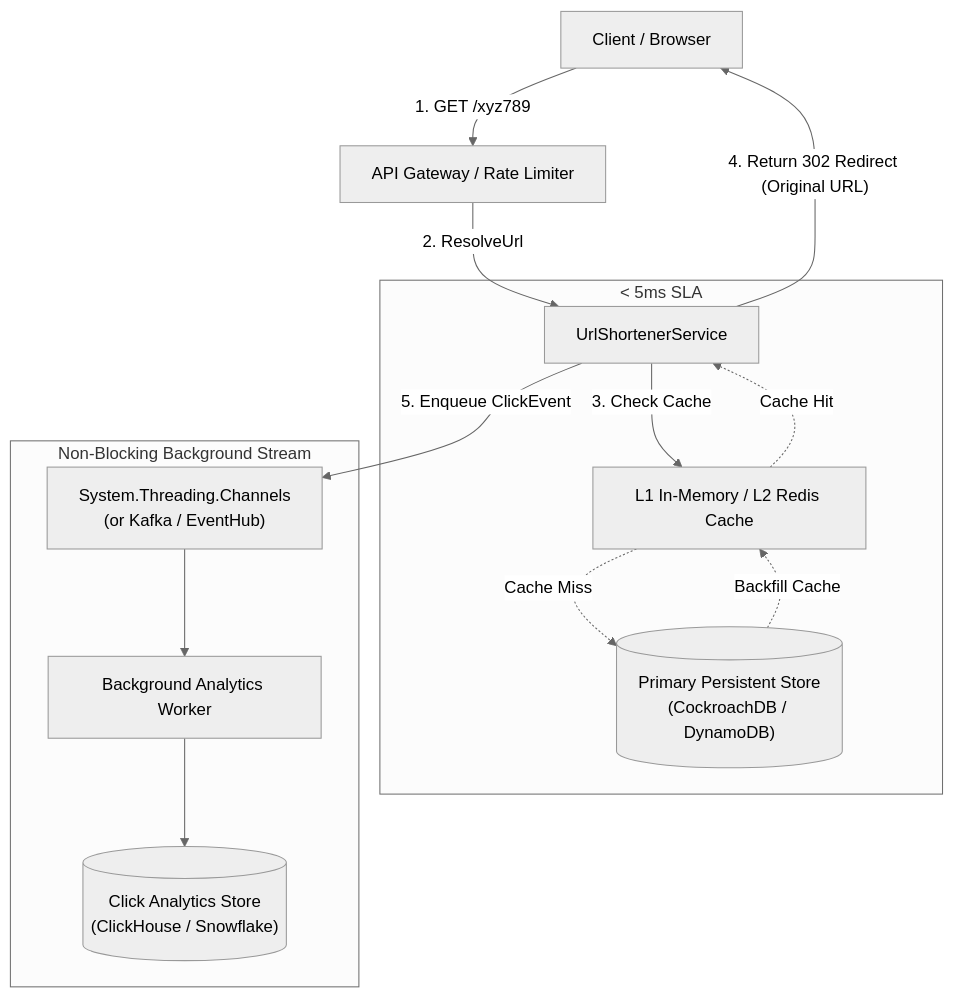
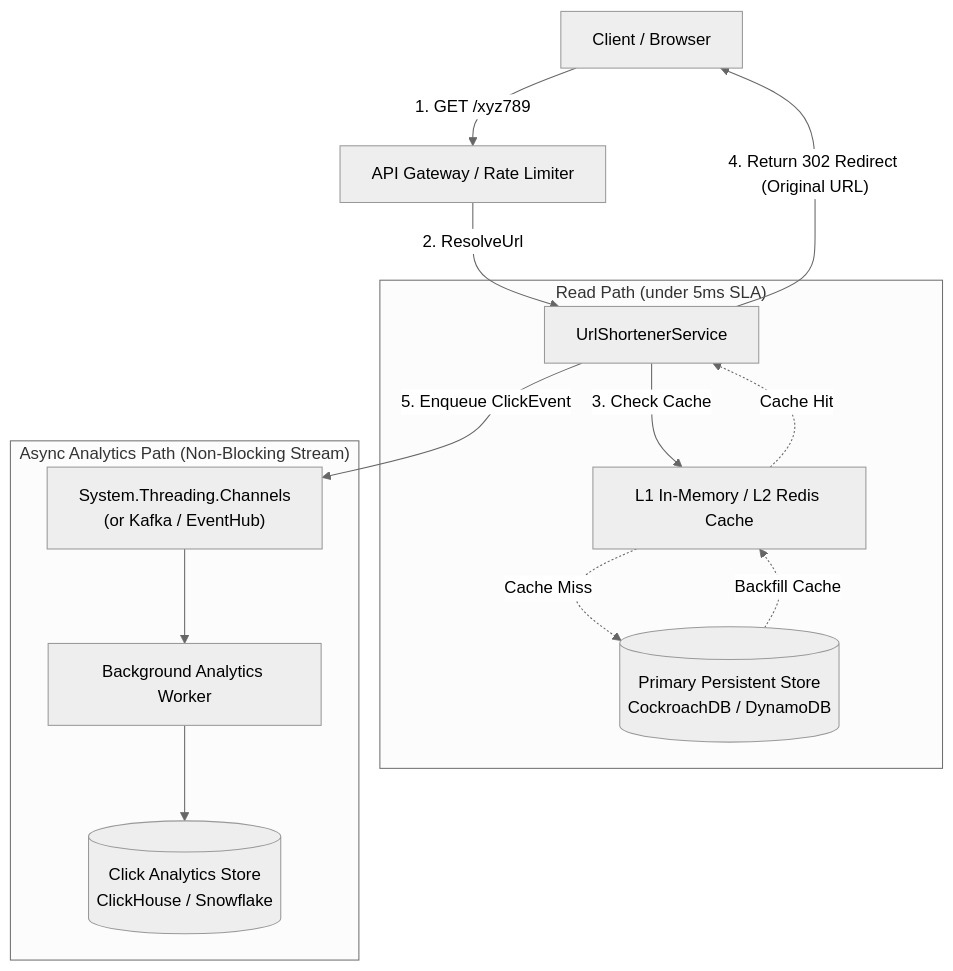
One commit to dip4k/DSA_102 changed the second of 3 diagrams in LLD/04_Tier4_Senior_Backend/37_URL_Shortener.md. Above: the diagram before and after it, drawn with Mermaid (neutral theme). The commit also changed other lines of this file and 191 other files, not shown here.

````diff
--- a/LLD/04_Tier4_Senior_Backend/37_URL_Shortener.md
+++ b/LLD/04_Tier4_Senior_Backend/37_URL_Shortener.md
@@ -30,20 +30,20 @@
 ```mermaid
 flowchart TD
     Client["Client / Browser"] -->|"1. GET /xyz789"| Gateway["API Gateway / Rate Limiter"]
     Gateway -->|"2. ResolveUrl"| Service["UrlShortenerService"]
     
-    subgraph Read Path [< 5ms SLA]
+    subgraph ReadPath ["Read Path (under 5ms SLA)"]
         Service -->|"3. Check Cache"| Cache["L1 In-Memory / L2 Redis Cache"]
         Cache -.->|"Cache Hit"| Service
-        Cache -.->|"Cache Miss"| DB[("Primary Persistent Store\n(CockroachDB / DynamoDB)")]
+        Cache -.->|"Cache Miss"| DB[("Primary Persistent Store<br/>CockroachDB / DynamoDB")]
         DB -.->|"Backfill Cache"| Cache
     end
 
     Service -->|"4. Return 302 Redirect (Original URL)"| Client
     
-    subgraph Async Analytics Path [Non-Blocking Background Stream]
-        Service -->|"5. Enqueue ClickEvent"| Channel["System.Threading.Channels\n(or Kafka / EventHub)"]
+    subgraph AsyncPath ["Async Analytics Path (Non-Blocking Stream)"]
+        Service -->|"5. Enqueue ClickEvent"| Channel["System.Threading.Channels<br/>(or Kafka / EventHub)"]
         Channel --> Worker["Background Analytics Worker"]
-        Worker --> AnalyticsDB[("Click Analytics Store\n(ClickHouse / Snowflake)")]
+        Worker --> AnalyticsDB[("Click Analytics Store<br/>ClickHouse / Snowflake")]
     end
 ```
````
